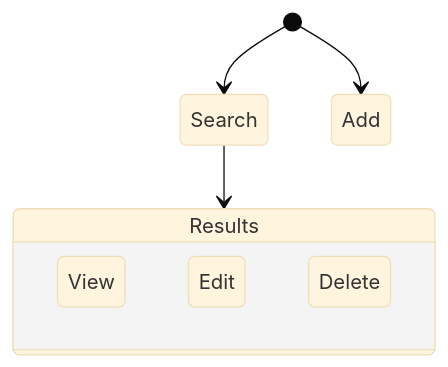
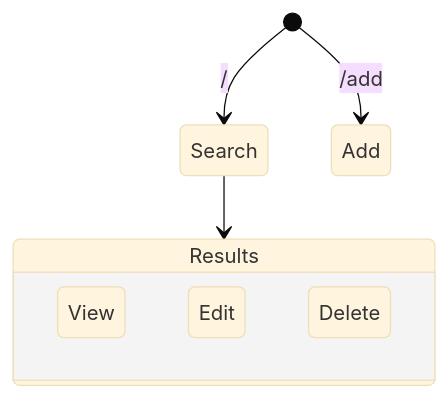
Before and after one commit to scottfones/mysig_inv_mgt: the diagram in README.md, drawn with Mermaid (base theme). The commit also changed other lines of this file, not shown here.

````diff
--- a/README.md
+++ b/README.md
@@ -3,11 +9,11 @@
 ```mermaid
 stateDiagram-v2
-  [*] --> Search
-  [*] --> Add
+  [*] --> Search: /
+  [*] --> Add: /add
   Search --> Results
   state Results {
     View
     Edit 
     Delete
   }
 ```
````
